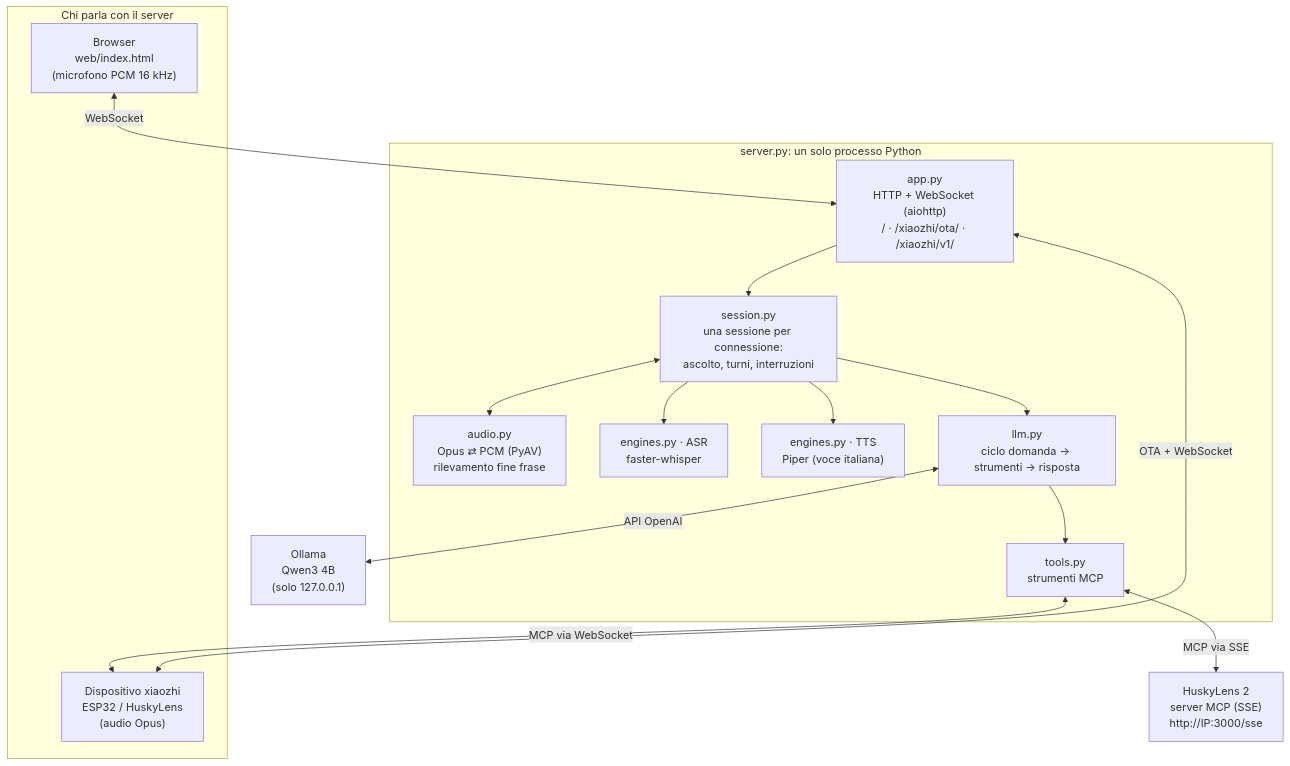
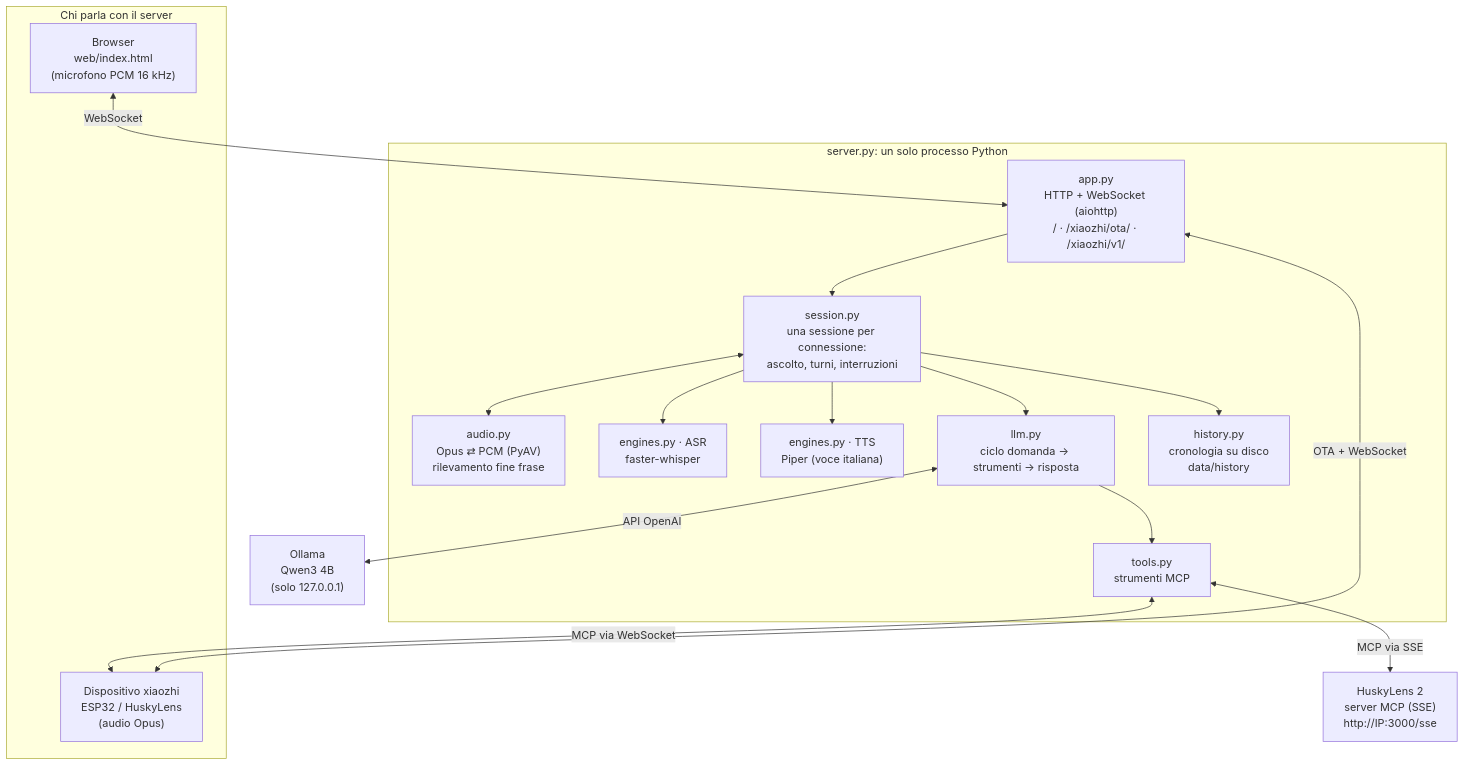
The first of 5 diagrams in docs/ARCHITETTURA.md (BitJacker/xiaozhi-local-server), drawn with Mermaid before and after one commit. The commit also changed other lines of this file and 15 other files, not shown here.

````diff
--- a/docs/ARCHITETTURA.md
+++ b/docs/ARCHITETTURA.md
@@ -8,32 +10,34 @@
 ```mermaid
 flowchart TB
     subgraph client["Chi parla con il server"]
         WEB["Browser<br/>web/index.html<br/>(microfono PCM 16 kHz)"]
         DEV["Dispositivo xiaozhi<br/>ESP32 / HuskyLens<br/>(audio Opus)"]
     end
 
     subgraph server["server.py: un solo processo Python"]
         HTTP["app.py<br/>HTTP + WebSocket (aiohttp)<br/>/ · /xiaozhi/ota/ · /xiaozhi/v1/"]
         SES["session.py<br/>una sessione per connessione:<br/>ascolto, turni, interruzioni"]
         AUD["audio.py<br/>Opus ⇄ PCM (PyAV)<br/>rilevamento fine frase"]
         ASR["engines.py · ASR<br/>faster-whisper"]
         TTS["engines.py · TTS<br/>Piper (voce italiana)"]
         LLM["llm.py<br/>ciclo domanda → strumenti → risposta"]
         TOOLS["tools.py<br/>strumenti MCP"]
+        HIST["history.py<br/>cronologia su disco<br/>data/history"]
     end
 
     OLL["Ollama<br/>Qwen3 4B<br/>(solo 127.0.0.1)"]
     HUSKY["HuskyLens 2<br/>server MCP (SSE)<br/>http://IP:3000/sse"]
 
     WEB <-->|WebSocket| HTTP
     DEV <-->|OTA + WebSocket| HTTP
     HTTP --> SES
     SES <--> AUD
     SES --> ASR
     SES --> LLM
     SES --> TTS
     LLM <-->|API OpenAI| OLL
     LLM --> TOOLS
     TOOLS <-->|MCP via WebSocket| DEV
     TOOLS <-->|MCP via SSE| HUSKY
+    SES --> HIST
 ```
````
